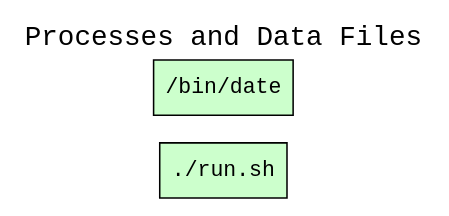
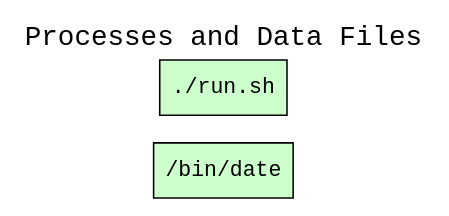
Before and after one commit to CIRSS/cpr: the diagram in examples/01-date-cmd/graphs/wt_processes_and_data_files.dot, drawn with Graphviz. The commit also changed other lines of this file and 26 other files, not shown here.

```diff
--- a/examples/01-date-cmd/graphs/wt_processes_and_data_files.dot
+++ b/examples/01-date-cmd/graphs/wt_processes_and_data_files.dot
@@ -1,10 +1,10 @@
 
 digraph wt_run {
 rankdir=LR
 fontname=Courier; fontsize=18; labelloc=t
 label="Processes and Data Files"
 node[shape=box style="filled" fillcolor="#CCFFCC" peripheries=1 fontname=Courier]
+"exe:e2" [label="/bin/date"]
 "exe:e1" [label="./run.sh"]
-"exe:e2" [label="/bin/date"]
 node[shape=box style="rounded,filled" fillcolor="#FFFFCC" peripheries=1 fontname=Helvetica]
 }
```
